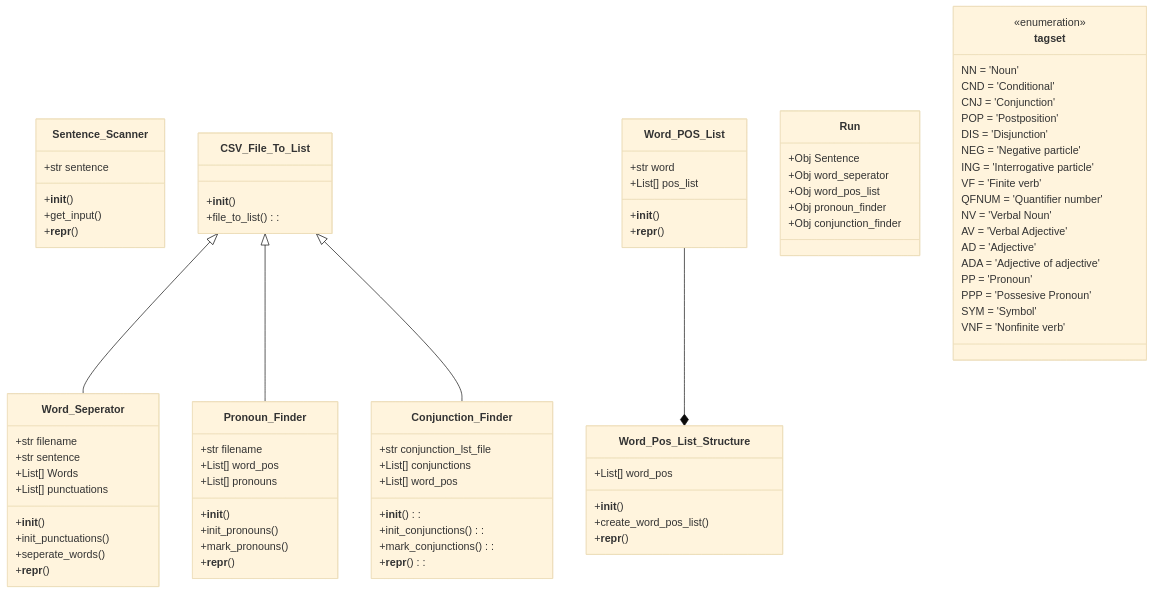
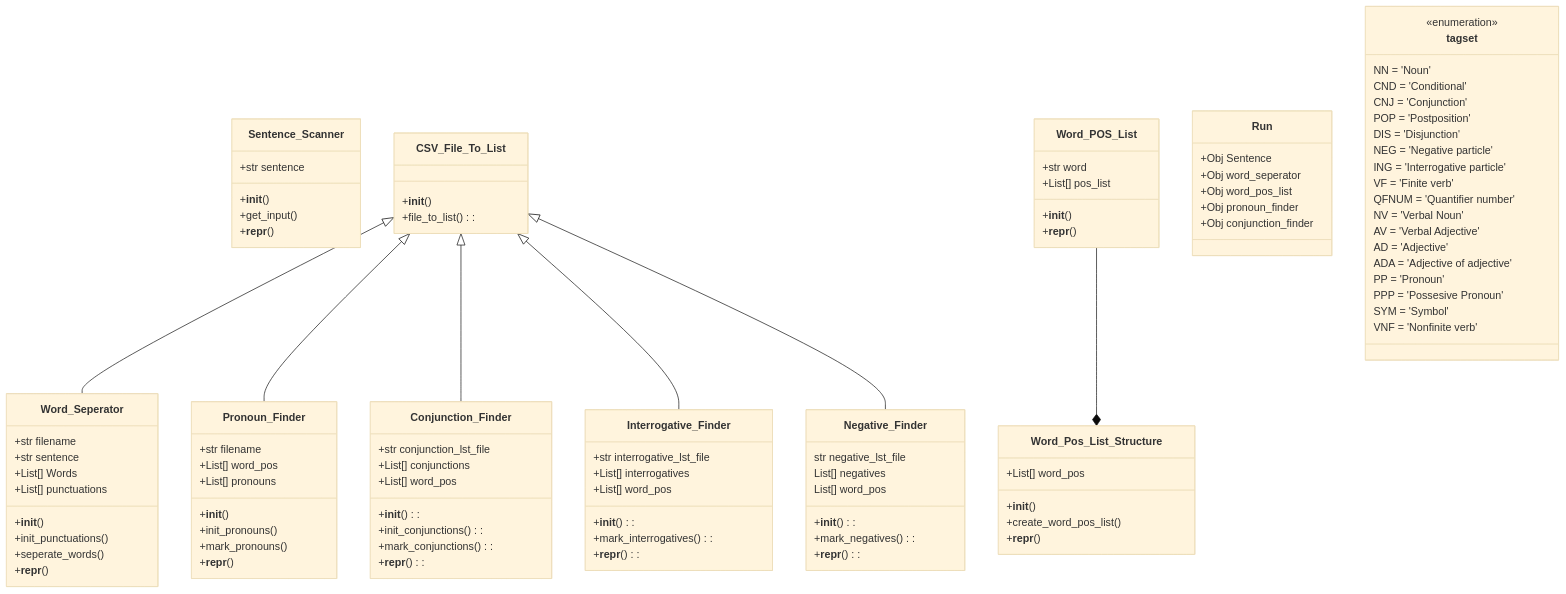
Before and after one commit to masnm/POS-tagging: the first of 2 diagrams in src/README.md, drawn with Mermaid (base theme). The commit also changed other lines of this file and 11 other files, not shown here.

Commit message:
Interjection_Finder & Negative_Finder class added

```diff
--- a/src/README.md
+++ b/src/README.md
@@ -55,6 +55,26 @@
 	}
 	CSV_File_To_List <|-- Conjunction_Finder
 
+	class Interrogative_Finder {
+		+str interrogative_lst_file
+		+List[] interrogatives
+		+List[] word_pos
+		+__init__ ():
+		+mark_interrogatives ():
+		+__repr__ ():
+	}
+	CSV_File_To_List <|-- Interrogative_Finder
+
+	class Negative_Finder {
+		str negative_lst_file
+		List[] negatives
+		List[] word_pos
+			+__init__ ():
+			+mark_negatives ():
+			+__repr__ ():
+	}
+	CSV_File_To_List <|-- Negative_Finder
+
 	Word_POS_List --* Word_Pos_List_Structure
 
 	class Run {
```
